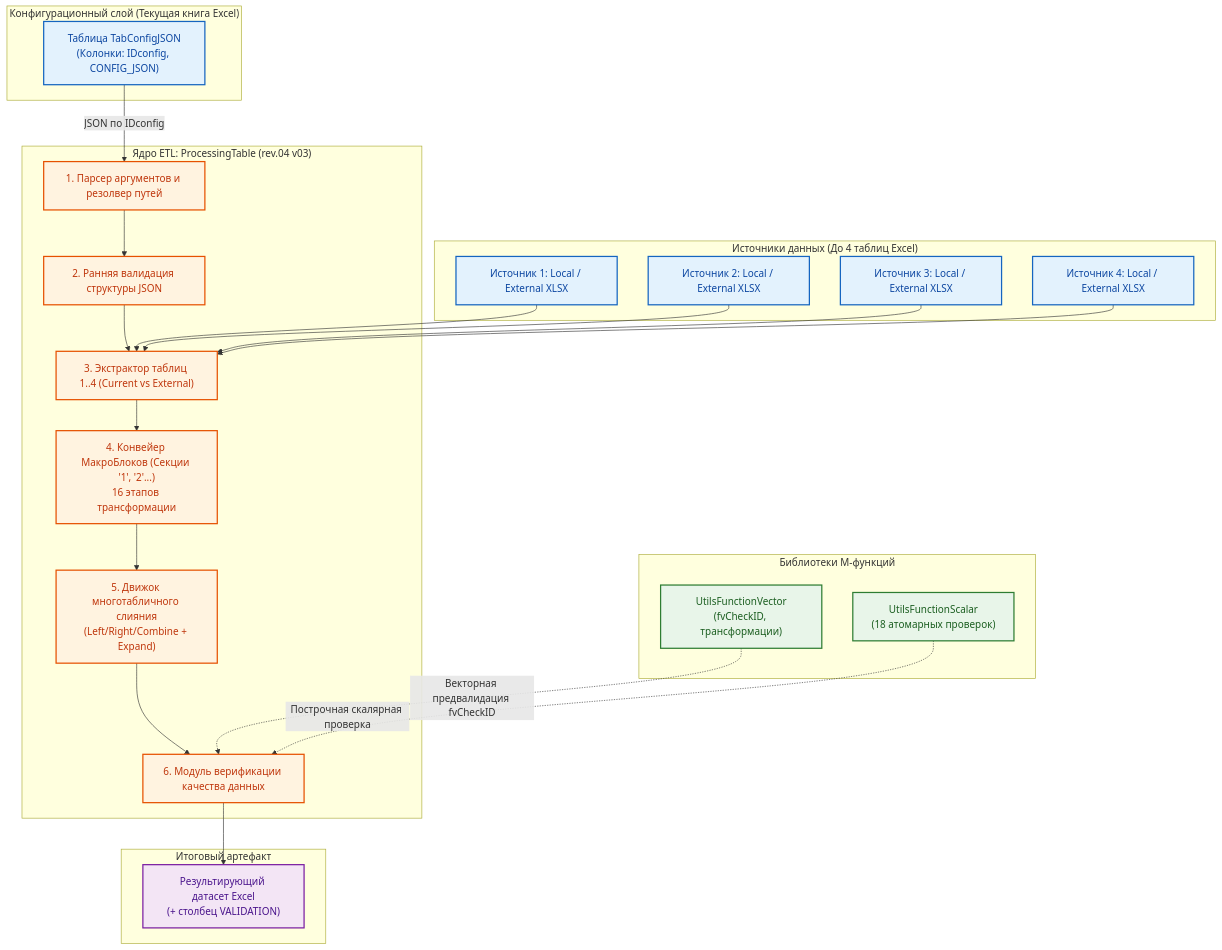
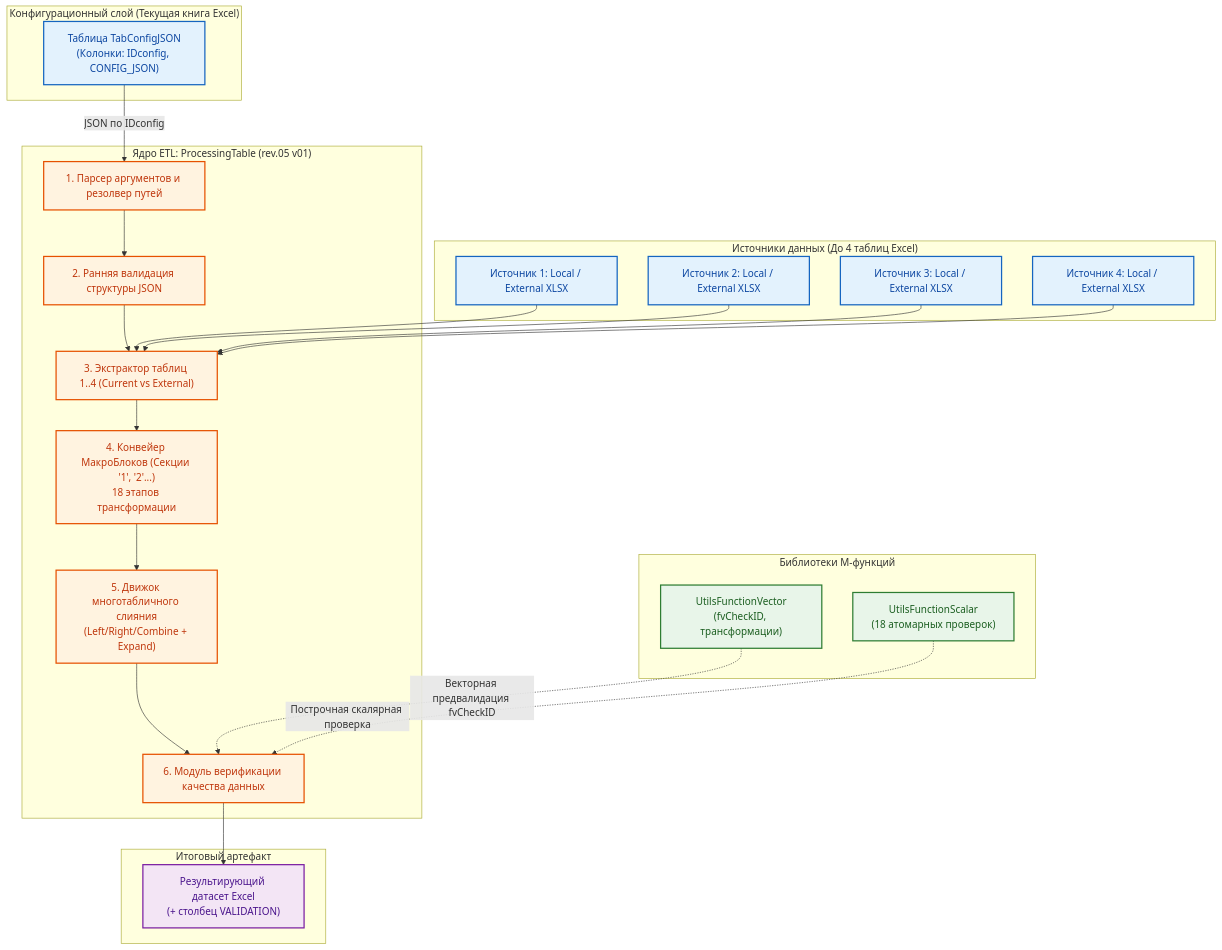
One commit to Konkery/Project-1_2026-N2-MAS changed the first of 4 diagrams in 03__Проект/05__pq-script/01__general/03__ETL-processing/README-etl-processor.md. Above: the diagram before and after it, drawn with Mermaid. The commit also changed other lines of this file and 5 other files, not shown here.

````diff
--- a/03__Проект/05__pq-script/01__general/03__ETL-processing/README-etl-processor.md
+++ b/03__Проект/05__pq-script/01__general/03__ETL-processing/README-etl-processor.md
@@ -33,47 +33,47 @@
 ```mermaid
 flowchart TD
     classDef storage fill:#E3F2FD,stroke:#1565C0,stroke-width:2px,color:#0D47A1;
     classDef engine fill:#FFF3E0,stroke:#E65100,stroke-width:2px,color:#BF360C;
     classDef lib fill:#E8F5E9,stroke:#2E7D32,stroke-width:2px,color:#1B5E20;
     classDef output fill:#F3E5F5,stroke:#7B1FA2,stroke-width:2px,color:#4A148C;
 
     subgraph ConfigStorage ["Конфигурационный слой (Текущая книга Excel)"]
         TabConfig["Таблица TabConfigJSON<br/>(Колонки: IDconfig, CONFIG_JSON)"]:::storage
     end
 
-    subgraph ProcessorCore ["Ядро ETL: ProcessingTable (rev.04 v03)"]
+    subgraph ProcessorCore ["Ядро ETL: ProcessingTable (rev.05 v01)"]
         ArgResolver["1. Парсер аргументов и резолвер путей"]:::engine
         ConfigValidator["2. Ранняя валидация структуры JSON"]:::engine
         TableLoader["3. Экстрактор таблиц 1..4 (Current vs External)"]:::engine
-        MacroEngine["4. Конвейер МакроБлоков (Секции '1', '2'...)<br/>16 этапов трансформации"]:::engine
+        MacroEngine["4. Конвейер МакроБлоков (Секции '1', '2'...)<br/>18 этапов трансформации"]:::engine
         JoinEngine["5. Движок многотабличного слияния<br/>(Left/Right/Combine + Expand)"]:::engine
         ValidationEngine["6. Модуль верификации качества данных"]:::engine
     end
 
     subgraph DataSources ["Источники данных (До 4 таблиц Excel)"]
         Src1["Источник 1: Local / External XLSX"]:::storage
         Src2["Источник 2: Local / External XLSX"]:::storage
         Src3["Источник 3: Local / External XLSX"]:::storage
         Src4["Источник 4: Local / External XLSX"]:::storage
     end
 
     subgraph Libraries ["Библиотеки M-функций"]
         ScalarLib["UtilsFunctionScalar<br/>(18 атомарных проверок)"]:::lib
         VectorLib["UtilsFunctionVector<br/>(fvCheckID, трансформации)"]:::lib
     end
 
     subgraph TargetOutput ["Итоговый артефакт"]
         ResultTable["Результирующий датасет Excel<br/>(+ столбец VALIDATION)"]:::output
     end
 
     TabConfig -->|JSON по IDconfig| ArgResolver
     ArgResolver --> ConfigValidator
     ConfigValidator --> TableLoader
     Src1 & Src2 & Src3 & Src4 --> TableLoader
     TableLoader --> MacroEngine
     MacroEngine --> JoinEngine
     JoinEngine --> ValidationEngine
     VectorLib -.->|Векторная предвалидация fvCheckID| ValidationEngine
     ScalarLib -.->|Построчная скалярная проверка| ValidationEngine
     ValidationEngine --> ResultTable
 ```
````
